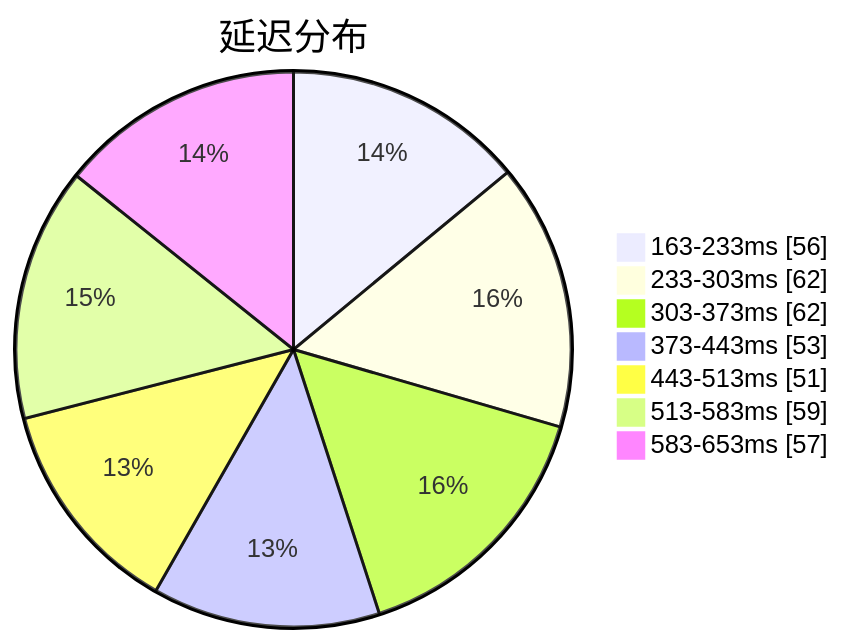
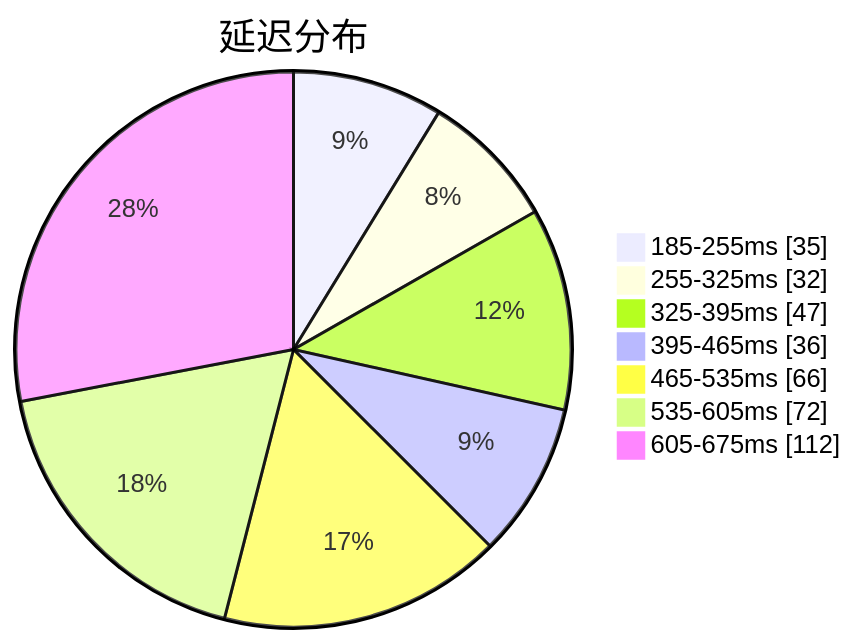
Before and after one commit to qjlxg/airport: the first of 3 diagrams in subs/statistics/tested_within.md, drawn with Mermaid. The commit also changed other lines of this file and 2 other files, not shown here.

````diff
--- a/subs/statistics/tested_within.md
+++ b/subs/statistics/tested_within.md
@@ -2,11 +2,11 @@
 ```mermaid
 pie showData
 title 延迟分布
-"163-233ms" : 56
-"233-303ms" : 62
-"303-373ms" : 62
-"373-443ms" : 53
-"443-513ms" : 51
-"513-583ms" : 59
-"583-653ms" : 57
+"185-255ms" : 35
+"255-325ms" : 32
+"325-395ms" : 47
+"395-465ms" : 36
+"465-535ms" : 66
+"535-605ms" : 72
+"605-675ms" : 112
 ```
````
